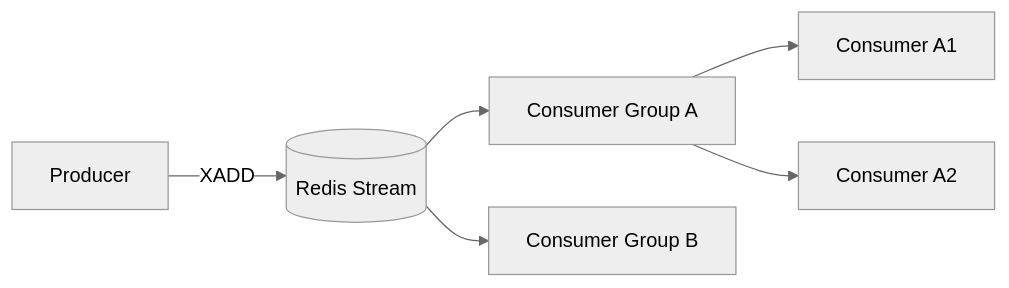
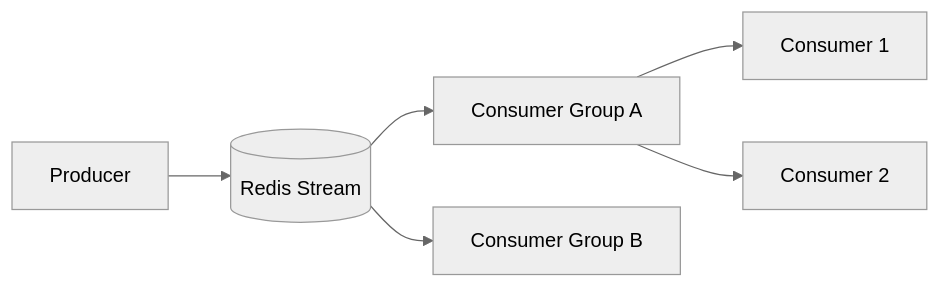
The seventh of 16 diagrams in src/content/task-processing/message-brokers-redis-rabbitmq-sqs.md (AvadhBhalodiya/Interview-Preparation), drawn with Mermaid (neutral theme) before and after one commit. The commit also changed other lines of this file and 80 other files, not shown here.

````diff
--- a/src/content/task-processing/message-brokers-redis-rabbitmq-sqs.md
+++ b/src/content/task-processing/message-brokers-redis-rabbitmq-sqs.md
@@ -422,8 +292,8 @@
 ```mermaid
 flowchart LR
-    P[Producer] -->|XADD| S[(Redis Stream)]
+    P[Producer] --> S[(Redis Stream)]
     S --> G1[Consumer Group A]
     S --> G2[Consumer Group B]
-    G1 --> C1[Consumer A1]
-    G1 --> C2[Consumer A2]
+    G1 --> C1[Consumer 1]
+    G1 --> C2[Consumer 2]
 ```
````
